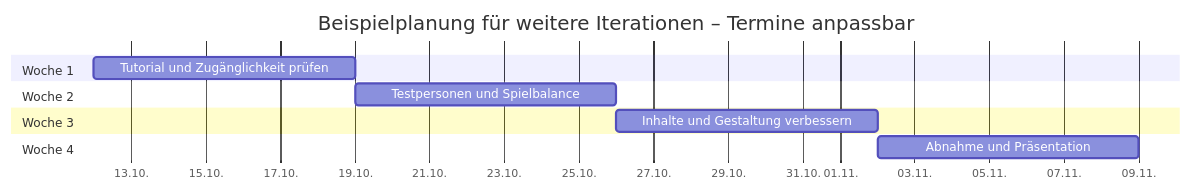
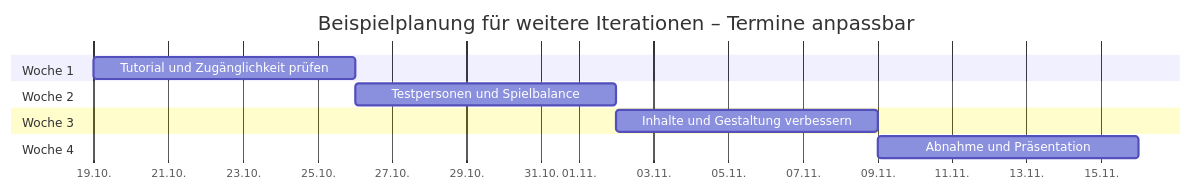
The third of 3 diagrams in notification-ninja/PLAN.md (BruKevFH/REBOOT-Digital-Balance), drawn with Mermaid before and after one commit. The commit also changed other lines of this file and 20 other files, not shown here.

````diff
--- a/notification-ninja/PLAN.md
+++ b/notification-ninja/PLAN.md
@@ -75,14 +98,14 @@
 ```mermaid
 gantt
     title Beispielplanung für weitere Iterationen – Termine anpassbar
     dateFormat YYYY-MM-DD
     axisFormat %d.%m.
     section Woche 1
-    Tutorial und Zugänglichkeit prüfen :a1, 2026-10-12, 7d
+    Tutorial und Zugänglichkeit prüfen :a1, 2026-10-19, 7d
     section Woche 2
     Testpersonen und Spielbalance :a2, after a1, 7d
     section Woche 3
     Inhalte und Gestaltung verbessern :a3, after a2, 7d
     section Woche 4
     Abnahme und Präsentation :a4, after a3, 7d
 ```
````
